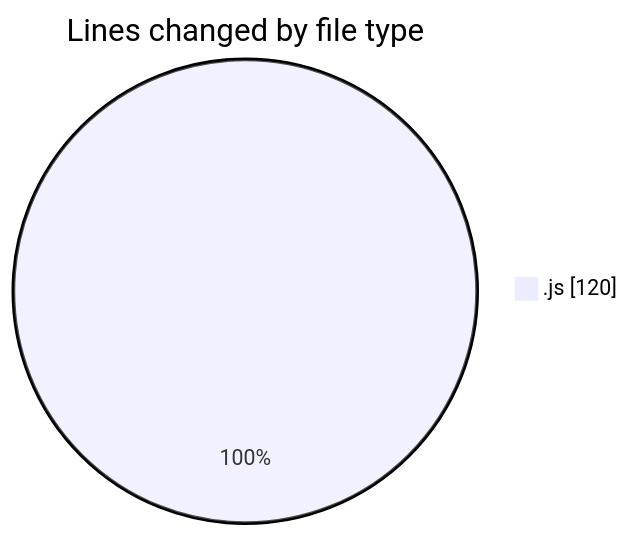
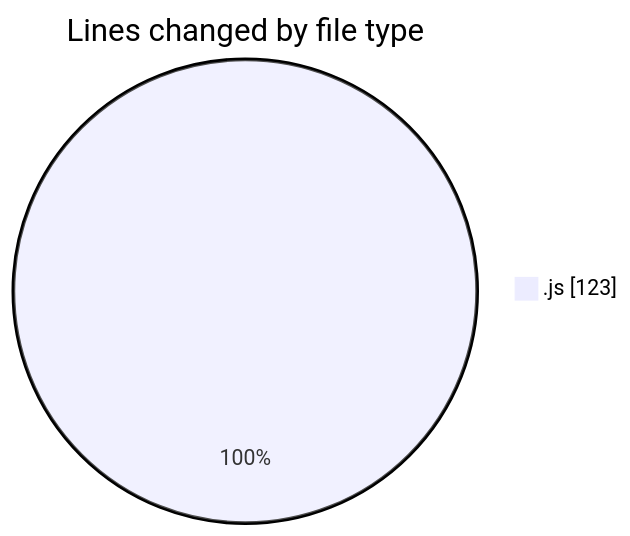
One commit to momahboobian/code-tracking changed the first of 2 diagrams in 2025-05-23/cda/README.md. Above: the diagram before and after it, drawn with Mermaid. The commit also changed other lines of this file and 1 other file, not shown here.

````diff
--- a/2025-05-23/cda/README.md
+++ b/2025-05-23/cda/README.md
@@ -22,5 +22,5 @@
 ```mermaid
 pie showData
 title Lines changed by file type
-".js" : 120
+".js" : 123
 ```
````
